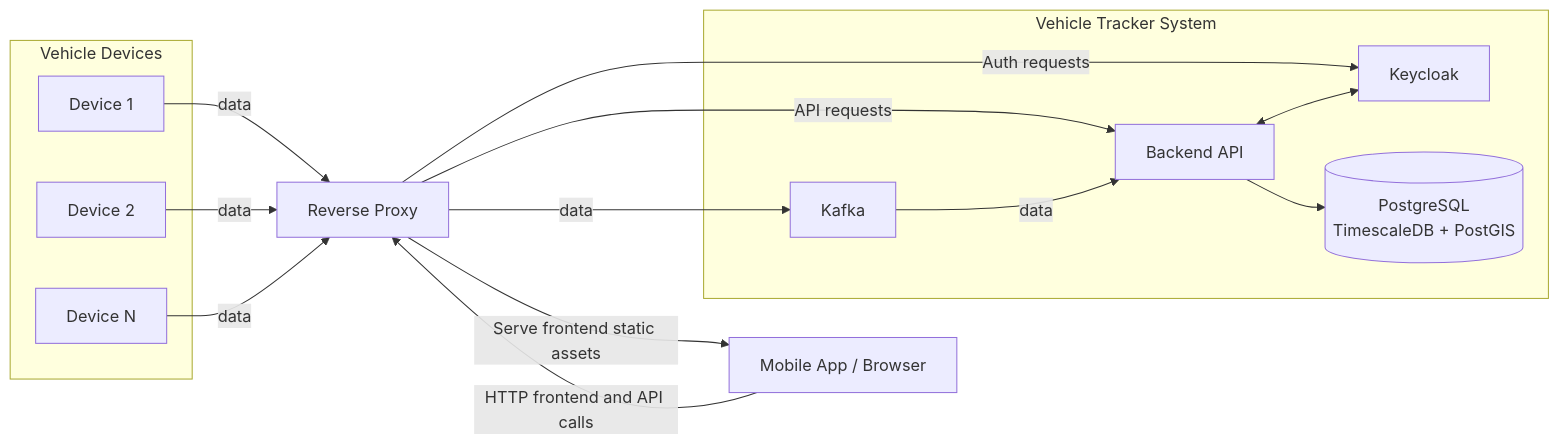
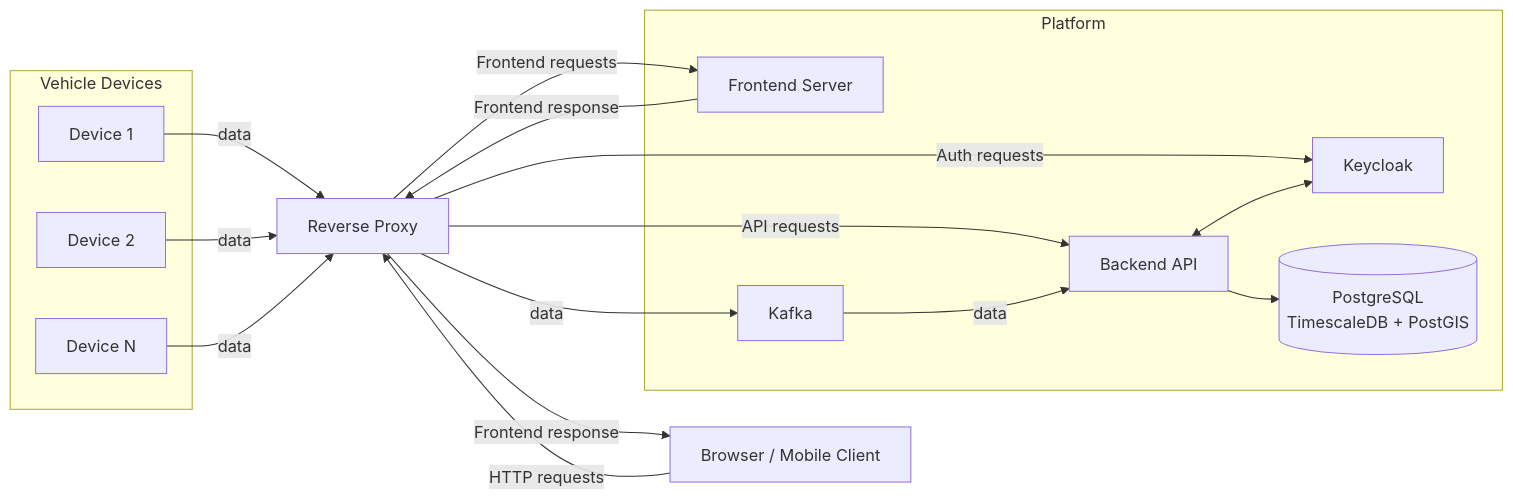
The diagram in README.MD (diogocerqueiralima/vehicle-tracker), drawn with Mermaid before and after one commit. The commit also changed other lines of this file, not shown here.

Commit message:
docs: clarify text

````diff
--- a/README.MD
+++ b/README.MD
@@ -24,34 +28,37 @@
 ```mermaid
 flowchart LR
     subgraph Vehicle Devices
         D1[Device 1]
         D2[Device 2]
         DN[Device N]
     end
 
+    APP[Browser / Mobile Client]
     RP[Reverse Proxy]
 
-    subgraph Vehicle Tracker System
-        K[Kafka]
+    subgraph Platform
+        FE[Frontend Server]
         API[Backend API]
         IDP[Keycloak]
+        K[Kafka]
         DB[(PostgreSQL<br/>TimescaleDB + PostGIS)]
     end
-
-    APP[Mobile App / Browser]
 
     D1 -->|data | RP
     D2 -->|data | RP
     DN -->|data | RP
 
-    APP -->|HTTP frontend and API calls| RP
+    APP -->|HTTP requests | RP
 
-    RP -->|Serve frontend static assets| APP
+    RP -->|Frontend requests | FE
+    FE -->|Frontend response | RP
+    RP -->|Frontend response | APP
+
     RP -->|API requests | API
     RP -->|Auth requests | IDP
     RP -->|data | K
 
-    K -->|data| API
+    K -->|data | API
     API --> DB
     API <--> IDP
 ```
````
